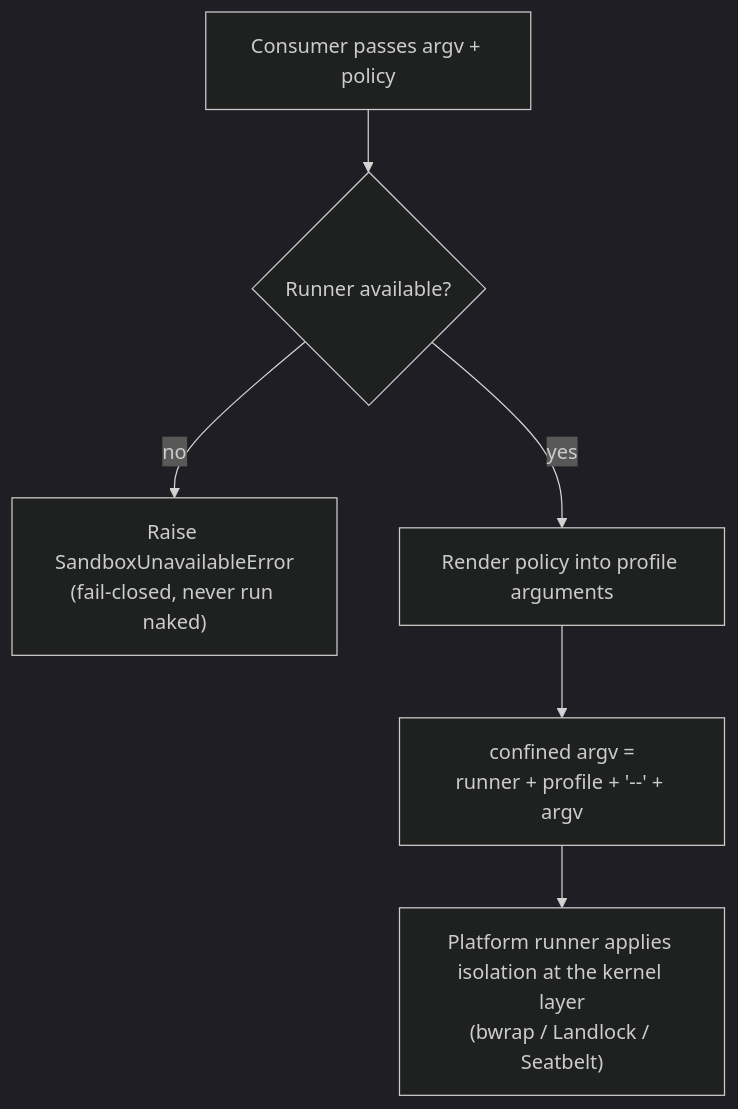
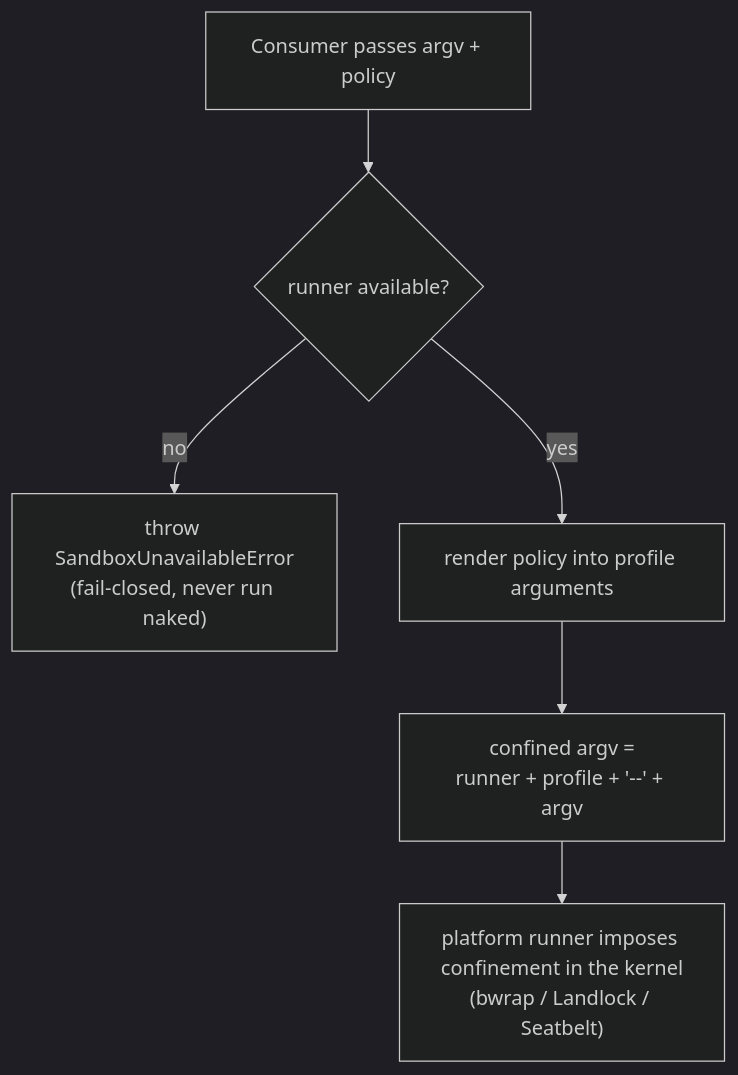
Before and after one commit to ChenYu1991ppak/deepseek-harness-anatomy: the third of 4 diagrams in ch06/ch06-execution-world_en.md, drawn with Mermaid (dark theme). The commit also changed other lines of this file and 124 other files, not shown here.

````diff
--- a/ch06/ch06-execution-world_en.md
+++ b/ch06/ch06-execution-world_en.md
@@ -328,8 +468,8 @@
 ```mermaid
 flowchart TD
-    A["Consumer passes argv + policy"] --> B{"Runner available?"}
-    B -- no --> X["Raise SandboxUnavailableError<br/>(fail-closed, never run naked)"]
-    B -- yes --> C["Render policy into profile arguments"]
+    A["Consumer passes argv + policy"] --> B{"runner available?"}
+    B -- no --> X["throw SandboxUnavailableError<br/>(fail-closed, never run naked)"]
+    B -- yes --> C["render policy into profile arguments"]
     C --> D["confined argv =<br/>runner + profile + '--' + argv"]
-    D --> E["Platform runner applies isolation at the kernel layer<br/>(bwrap / Landlock / Seatbelt)"]
+    D --> E["platform runner imposes confinement in the kernel<br/>(bwrap / Landlock / Seatbelt)"]
 ```
````
